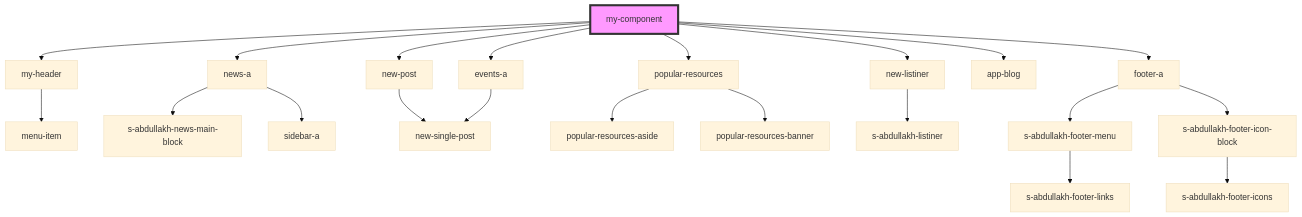
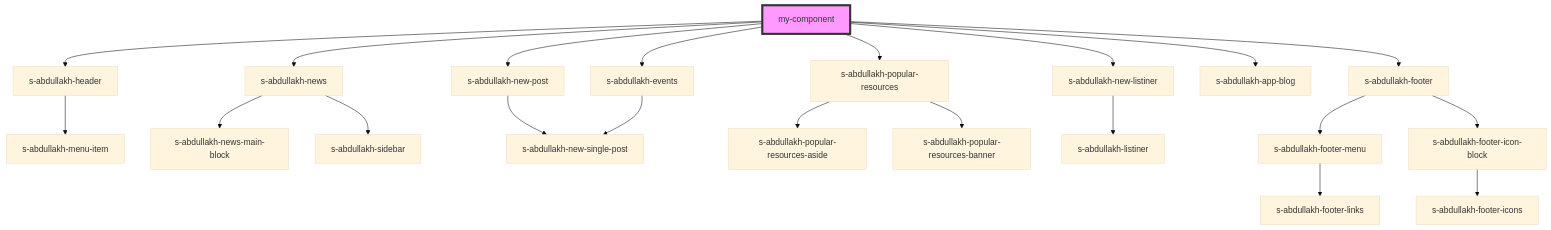
Before and after one commit to Wokh-Dada/wibbitz-stencil: the diagram in src/components/my-component/readme.md, drawn with Mermaid (base theme). The commit also changed other lines of this file and 125 other files, not shown here.

````diff
--- a/src/components/my-component/readme.md
+++ b/src/components/my-component/readme.md
@@ -22,24 +22,24 @@
 ```mermaid
 graph TD;
-  my-component --> my-header
-  my-component --> news-a
-  my-component --> new-post
-  my-component --> popular-resources
-  my-component --> events-a
-  my-component --> new-listiner
-  my-component --> app-blog
-  my-component --> footer-a
-  my-header --> menu-item
-  news-a --> s-abdullakh-news-main-block
-  news-a --> sidebar-a
-  new-post --> new-single-post
-  popular-resources --> popular-resources-aside
-  popular-resources --> popular-resources-banner
-  events-a --> new-single-post
-  new-listiner --> s-abdullakh-listiner
-  footer-a --> s-abdullakh-footer-menu
-  footer-a --> s-abdullakh-footer-icon-block
+  my-component --> s-abdullakh-header
+  my-component --> s-abdullakh-news
+  my-component --> s-abdullakh-new-post
+  my-component --> s-abdullakh-popular-resources
+  my-component --> s-abdullakh-events
+  my-component --> s-abdullakh-new-listiner
+  my-component --> s-abdullakh-app-blog
+  my-component --> s-abdullakh-footer
+  s-abdullakh-header --> s-abdullakh-menu-item
+  s-abdullakh-news --> s-abdullakh-news-main-block
+  s-abdullakh-news --> s-abdullakh-sidebar
+  s-abdullakh-new-post --> s-abdullakh-new-single-post
+  s-abdullakh-popular-resources --> s-abdullakh-popular-resources-aside
+  s-abdullakh-popular-resources --> s-abdullakh-popular-resources-banner
+  s-abdullakh-events --> s-abdullakh-new-single-post
+  s-abdullakh-new-listiner --> s-abdullakh-listiner
+  s-abdullakh-footer --> s-abdullakh-footer-menu
+  s-abdullakh-footer --> s-abdullakh-footer-icon-block
   s-abdullakh-footer-menu --> s-abdullakh-footer-links
   s-abdullakh-footer-icon-block --> s-abdullakh-footer-icons
   style my-component fill:#f9f,stroke:#333,stroke-width:4px
 ```
````
